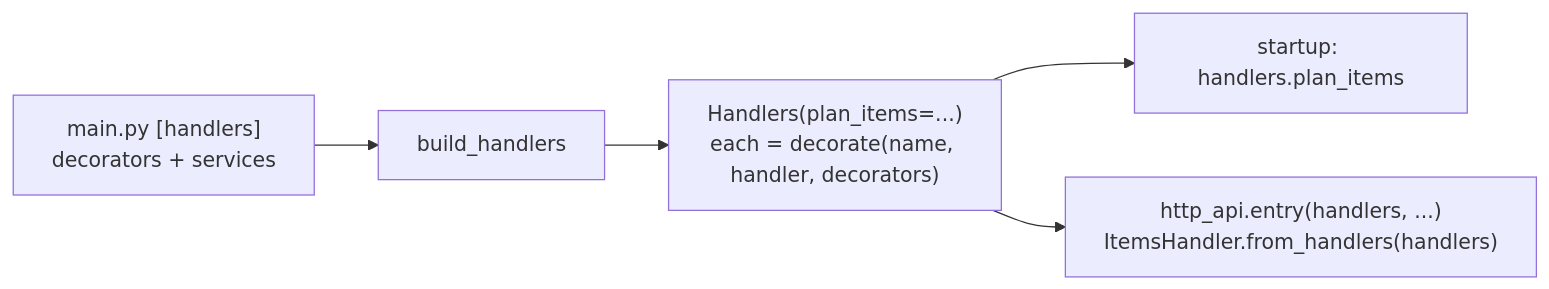
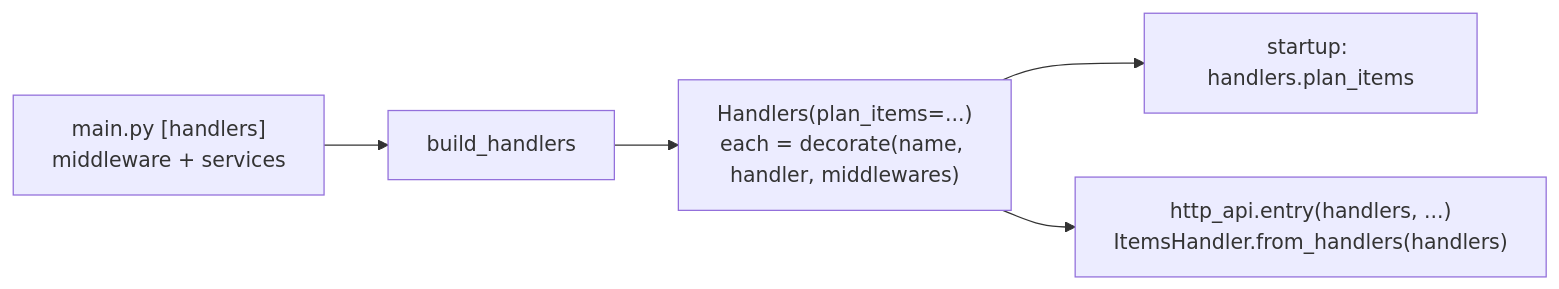
One commit to InsonusK/ai-skills changed the diagram in library/architecture/python/base-plateau-in-python.skill/glossary/command-registry.md. Above: the diagram before and after it, drawn with Mermaid. The commit also changed other lines of this file and 14 other files, not shown here.

````diff
--- a/library/architecture/python/base-plateau-in-python.skill/glossary/command-registry.md
+++ b/library/architecture/python/base-plateau-in-python.skill/glossary/command-registry.md
@@ -16,7 +16,7 @@
 ```mermaid
 flowchart LR
-    M["main.py [handlers]<br/>decorators + services"] --> B["build_handlers"]
-    B --> H["Handlers(plan_items=...)<br/>each = decorate(name, handler, decorators)"]
+    M["main.py [handlers]<br/>middleware + services"] --> B["build_handlers"]
+    B --> H["Handlers(plan_items=...)<br/>each = decorate(name, handler, middlewares)"]
     H --> S["startup: handlers.plan_items"]
     H --> R["http_api.entry(handlers, ...)<br/>ItemsHandler.from_handlers(handlers)"]
 ```
````
